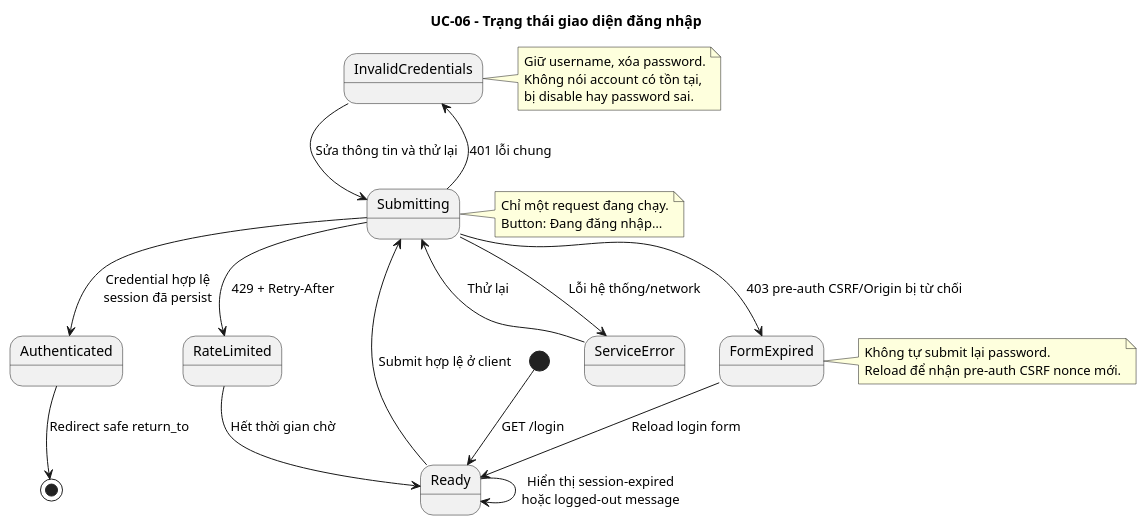
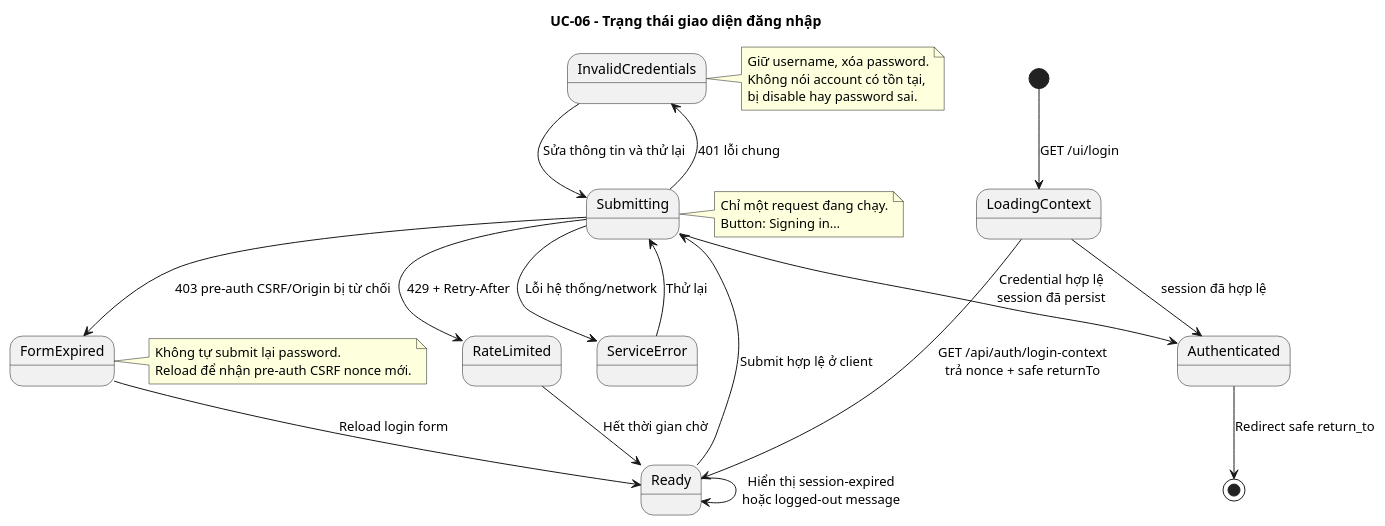
Before and after one commit to pr3s3nt/final_idp: the diagram in docs/use-cases/UC-06/ui/states.puml, drawn with PlantUML. The commit also changed 16 other files, not shown here.

```diff
--- a/docs/use-cases/UC-06/ui/states.puml
+++ b/docs/use-cases/UC-06/ui/states.puml
@@ -1,39 +1,41 @@
 @startuml
 title UC-06 - Trạng thái giao diện đăng nhập
 
-[*] --> Ready : GET /login
+[*] --> LoadingContext : GET /ui/login
+LoadingContext --> Ready : GET /api/auth/login-context\ntrả nonce + safe returnTo
+LoadingContext --> Authenticated : session đã hợp lệ
 Ready --> Submitting : Submit hợp lệ ở client
 Submitting --> Authenticated : Credential hợp lệ\nsession đã persist
 Authenticated --> [*] : Redirect safe return_to
 
 Submitting --> InvalidCredentials : 401 lỗi chung
 InvalidCredentials --> Submitting : Sửa thông tin và thử lại
 
 Submitting --> RateLimited : 429 + Retry-After
 RateLimited --> Ready : Hết thời gian chờ
 
 Submitting --> FormExpired : 403 pre-auth CSRF/Origin bị từ chối
 FormExpired --> Ready : Reload login form
 
 Submitting --> ServiceError : Lỗi hệ thống/network
 ServiceError --> Submitting : Thử lại
 
 Ready --> Ready : Hiển thị session-expired\nhoặc logged-out message
 
 note right of InvalidCredentials
   Giữ username, xóa password.
   Không nói account có tồn tại,
   bị disable hay password sai.
 end note
 
 note right of Submitting
   Chỉ một request đang chạy.
-  Button: Đang đăng nhập…
+  Button: Signing in…
 end note
 
 note right of FormExpired
   Không tự submit lại password.
   Reload để nhận pre-auth CSRF nonce mới.
 end note
 
 @enduml
```
